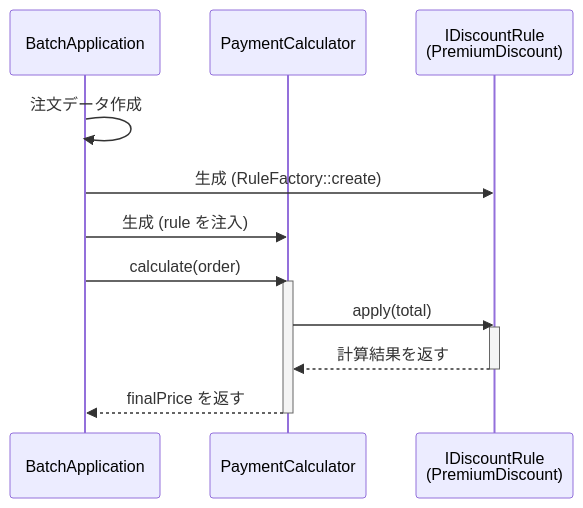
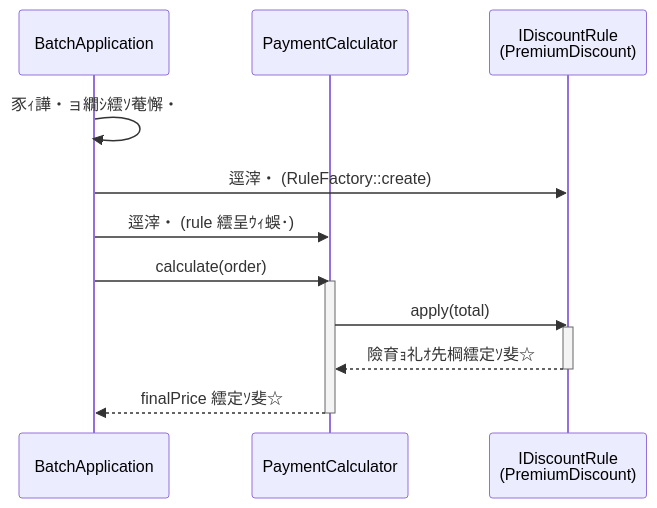
One commit to kumachan1101-pixel/DesignPattern changed the third of 5 diagrams in kindle/design-patterns/output/chapter01.md. Above: the diagram before and after it, drawn with Mermaid. The commit also changed other lines of this file and 4 other files, not shown here.

````diff
--- a/kindle/design-patterns/output/chapter01.md
+++ b/kindle/design-patterns/output/chapter01.md
@@ -1059,18 +1059,18 @@
 ```mermaid
 sequenceDiagram
     participant B as BatchApplication
     participant P as PaymentCalculator
     participant I as IDiscountRule<br/>(PremiumDiscount)
 
-    B->>B: 注文データ作成
-    B->>I: 生成 (RuleFactory::create)
-    B->>P: 生成 (rule を注入)
+    B->>B: 豕ｨ譁・ョ繝ｼ繧ｿ菴懈・
+    B->>I: 逕滓・ (RuleFactory::create)
+    B->>P: 逕滓・ (rule 繧呈ｳｨ蜈･)
     B->>P: calculate(order)
     activate P
     P->>I: apply(total)
     activate I
-    I-->>P: 計算結果を返す
+    I-->>P: 險育ｮ礼ｵ先棡繧定ｿ斐☆
     deactivate I
-    P-->>B: finalPrice を返す
+    P-->>B: finalPrice 繧定ｿ斐☆
     deactivate P
 ```
````
